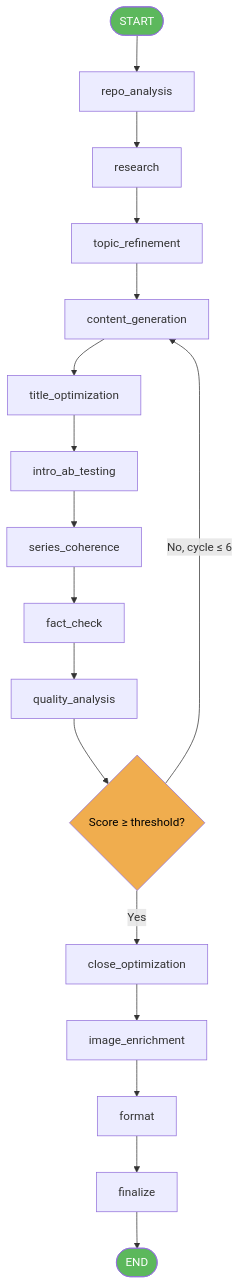
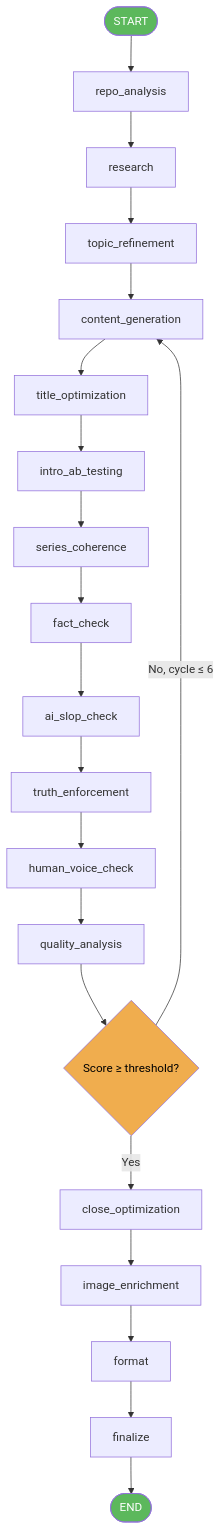
The diagram in website/docs/pipeline-overview.md (GatoProgramador-01/medium-agent-factory), drawn with Mermaid before and after one commit. The commit also changed other lines of this file and 10 other files, not shown here.

````diff
--- a/website/docs/pipeline-overview.md
+++ b/website/docs/pipeline-overview.md
@@ -33,23 +36,26 @@
 ```mermaid
 flowchart TD
     START([START]) --> repo_analysis
     repo_analysis --> research
     research --> topic_refinement
     topic_refinement --> content_generation
     content_generation --> title_optimization
     title_optimization --> intro_ab_testing
     intro_ab_testing --> series_coherence
     series_coherence --> fact_check
-    fact_check --> quality_analysis
+    fact_check --> ai_slop_check
+    ai_slop_check --> truth_enforcement
+    truth_enforcement --> human_voice_check
+    human_voice_check --> quality_analysis
     quality_analysis --> revision_check{Score ≥ threshold?}
     revision_check -- No, cycle ≤ 6 --> content_generation
     revision_check -- Yes --> close_optimization
     close_optimization --> image_enrichment
     image_enrichment --> format
     format --> finalize
     finalize --> END([END])
 
     style revision_check fill:#f0ad4e,color:#000
     style START fill:#5cb85c,color:#fff
     style END fill:#5cb85c,color:#fff
 ```
````
